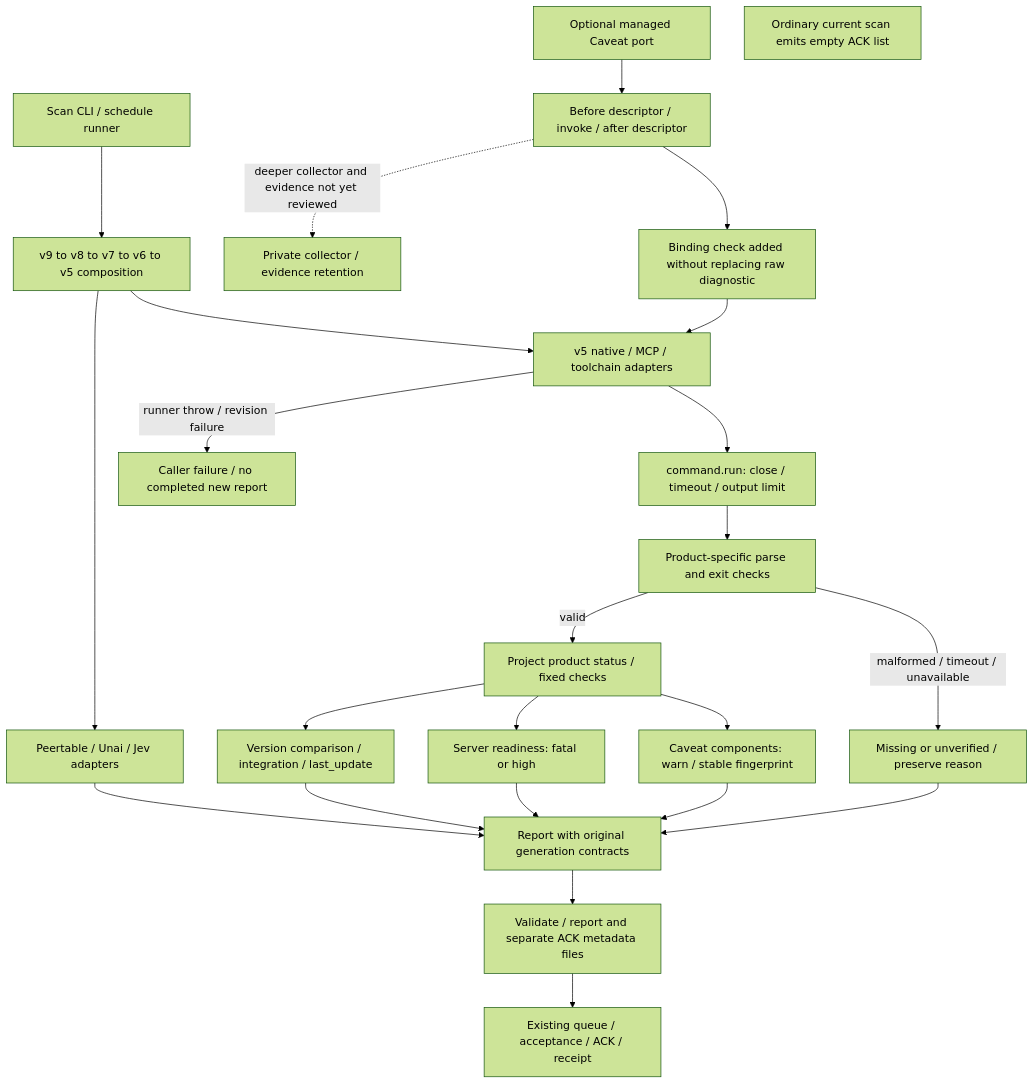
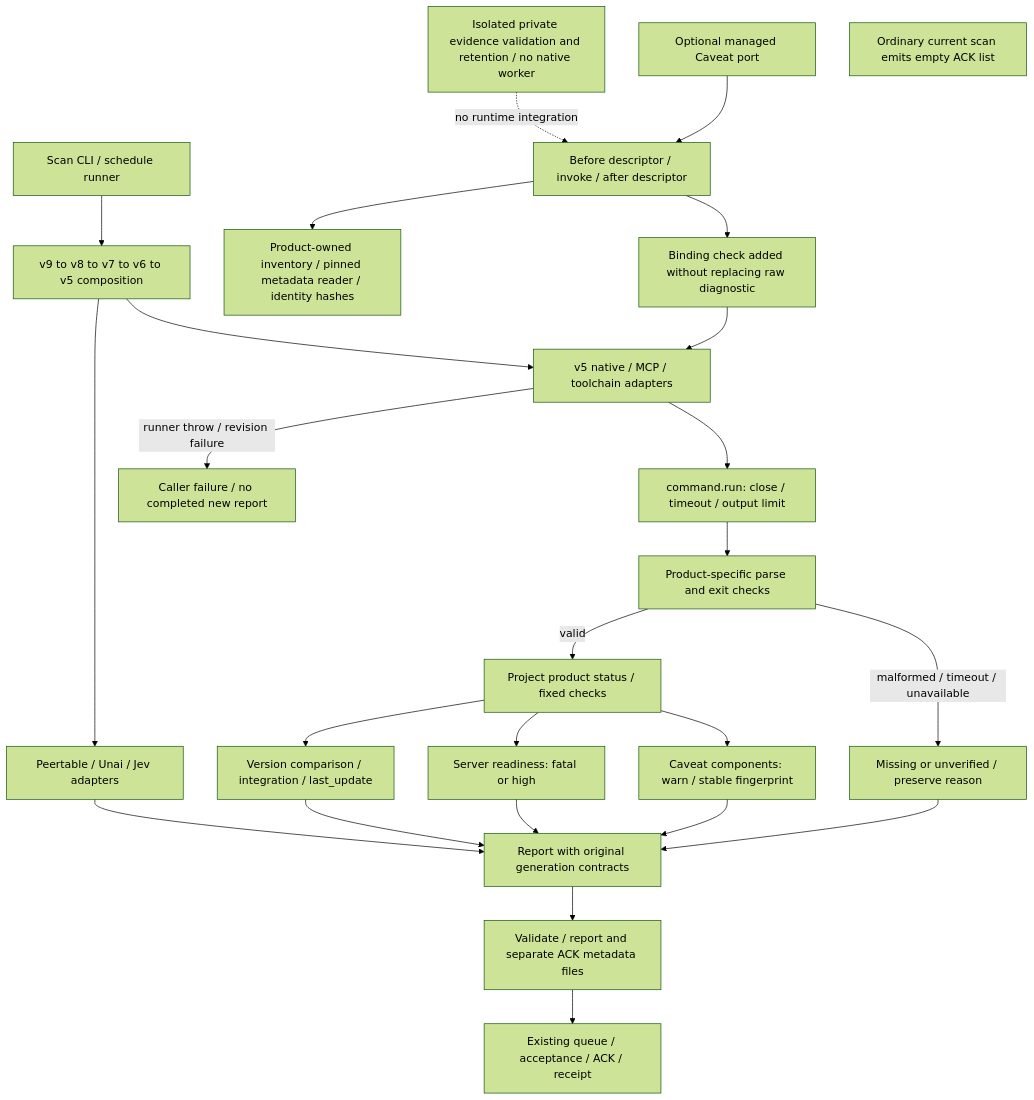
Before and after one commit to kitepon/dotagents: the diagram in docs/feature-map/diagnostics.mmd, drawn with Mermaid (forest theme). The commit also changed 10 other files, not shown here.

```diff
--- a/docs/feature-map/diagnostics.mmd
+++ b/docs/feature-map/diagnostics.mmd
@@ -1,24 +1,25 @@
 flowchart TB
   caller[Scan CLI / schedule runner] --> wire[v9 to v8 to v7 to v6 to v5 composition]
   wire --> core[v5 native / MCP / toolchain adapters]
   core --> run[command.run: close / timeout / output limit]
   run --> parse[Product-specific parse and exit checks]
   parse -- malformed / timeout / unavailable --> unknown[Missing or unverified / preserve reason]
   parse -- valid --> project[Project product status / fixed checks]
   project --> caveat[Caveat components: warn / stable fingerprint]
   project --> server[Server readiness: fatal or high]
   project --> toolchain[Version comparison / integration / last_update]
   caveat --> report[Report with original generation contracts]
   server --> report
   toolchain --> report
   unknown --> report
   wire --> added[Peertable / Unai / Jev adapters]
   added --> report
   report --> output[Validate / report and separate ACK metadata files]
   output --> delivery[Existing queue / acceptance / ACK / receipt]
   managed[Optional managed Caveat port] --> descriptor[Before descriptor / invoke / after descriptor]
   descriptor --> binding[Binding check added without replacing raw diagnostic]
   binding --> core
-  descriptor -. deeper collector and evidence not yet reviewed .-> deeper[Private collector / evidence retention]
+  descriptor --> collector[Product-owned inventory / pinned metadata reader / identity hashes]
+  deeper[Isolated private evidence validation and retention / no native worker] -. no runtime integration .-> descriptor
   core -- runner throw / revision failure --> failure[Caller failure / no completed new report]
   note[Ordinary current scan emits empty ACK list]
```
